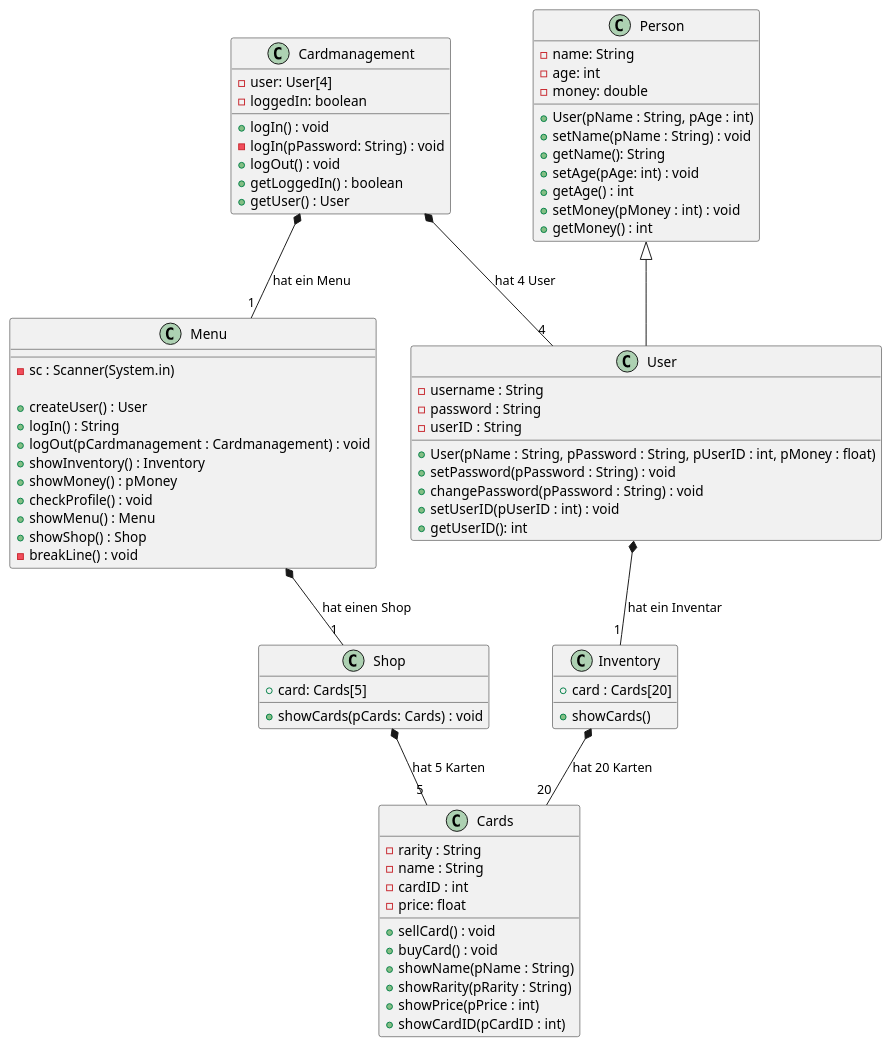
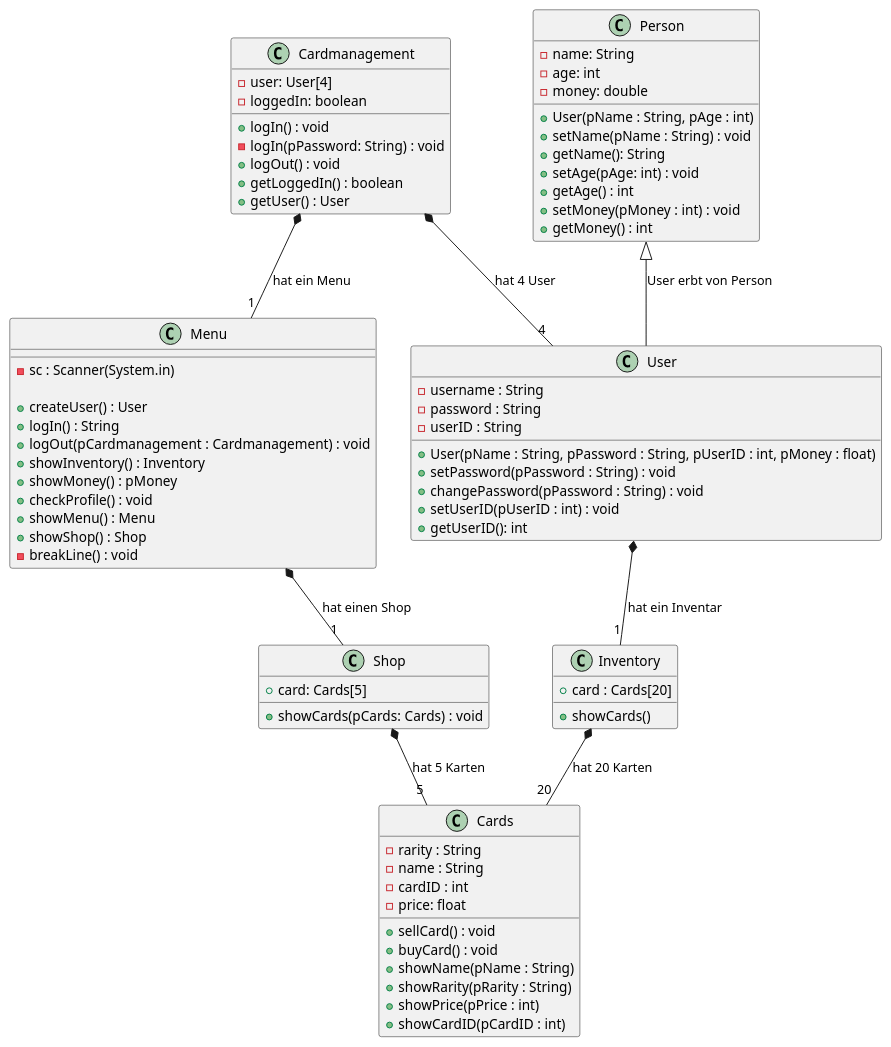
The diagram in Docs/Pflichtenheft/Diagramme/Klassendiagramm-Card.iuml (HEBK-BGM/Verwaltungssoftware_Team_4), drawn with PlantUML before and after one commit.

Commit message:
[FIX] Klassendiagramm - Vererbung verbessert

```diff
--- a/Docs/Pflichtenheft/Diagramme/Klassendiagramm-Card.iuml
+++ b/Docs/Pflichtenheft/Diagramme/Klassendiagramm-Card.iuml
@@ -1,104 +1,103 @@
 @startuml Klassendiagramm
 
 class Cardmanagement{
     -user: User[4]
     -loggedIn: boolean
     +logIn() : void
     -logIn(pPassword: String) : void
     +logOut() : void
     +getLoggedIn() : boolean
     +getUser() : User
 
 
 
 }
 
 
 
 class Menu{
     -sc : Scanner(System.in)
 
     +createUser() : User
     +logIn() : String
     +logOut(pCardmanagement : Cardmanagement) : void
     +showInventory() : Inventory
     +showMoney() : pMoney
     +checkProfile() : void
     +showMenu() : Menu
     +showShop() : Shop
     -breakLine() : void
 
 
 }
 
 
 
 
 class Shop{
     +card: Cards[5]
     +showCards(pCards: Cards) : void
 
 }
 
 
 
 
 class User{
     -username : String
     -password : String
     -userID : String
 
 
     +User(pName : String, pPassword : String, pUserID : int, pMoney : float)
     +setPassword(pPassword : String) : void
     +changePassword(pPassword : String) : void
     +setUserID(pUserID : int) : void
     +getUserID(): int
 
 }
-class User extends Person{
-  
-}
+
 class Person{
     -name: String
     -age: int
     -money: double
 
     +User(pName : String, pAge : int)
     +setName(pName : String) : void
     +getName(): String
     +setAge(pAge: int) : void
     +getAge() : int
     +setMoney(pMoney : int) : void
     +getMoney() : int
 }
 
 
 class Cards{
     -rarity : String
     -name : String
     -cardID : int
     -price: float
 
     +sellCard() : void
     +buyCard() : void
     +showName(pName : String)
     +showRarity(pRarity : String)
     +showPrice(pPrice : int)
     +showCardID(pCardID : int)
 
 }
 
 
 
 class Inventory{
 +card : Cards[20]
 +showCards()
 }
 Cardmanagement *-- "1" Menu : hat ein Menu
 User *-- "1" Inventory : hat ein Inventar
 Cardmanagement *-- "4" User : hat 4 User
 Menu *-- "1" Shop : hat einen Shop
 Shop *-- "5" Cards : hat 5 Karten 
 Inventory *-- "20" Cards : hat 20 Karten
+Person <|-- User : User erbt von Person
 @enduml
```
